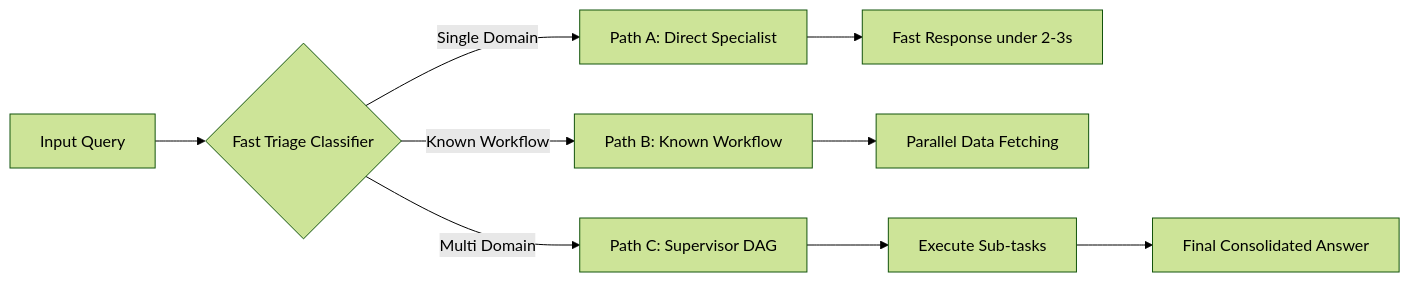
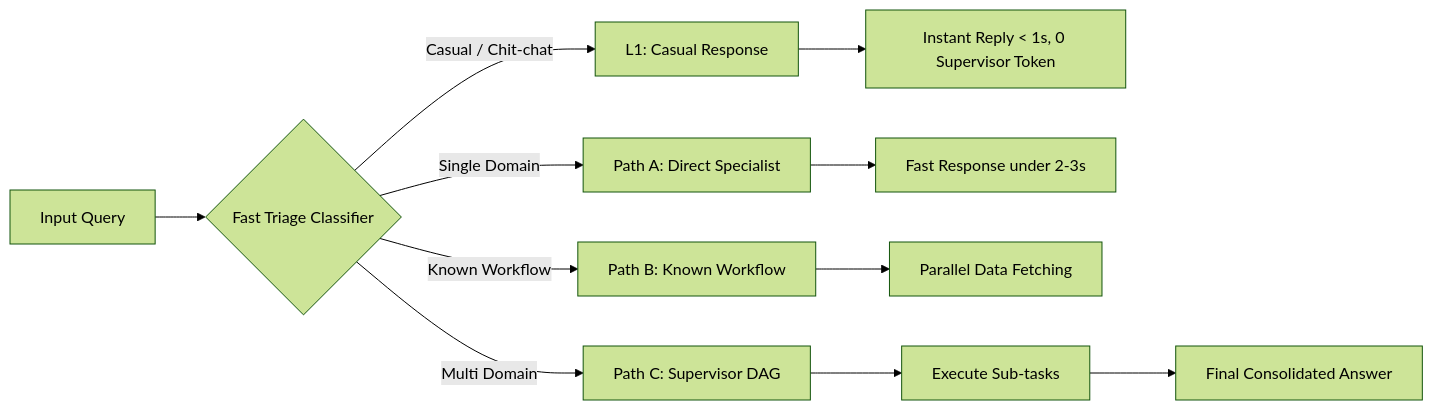
The first of 5 diagrams in docs/architecture/02-execution-paths-and-routing.md (dvnam1605/personal-agent), drawn with Mermaid (forest theme) before and after one commit. The commit also changed other lines of this file and 22 other files, not shown here.

Commit message:
feat: add RAG answer synthesis service, architecture documentation, and frontend UI components

````diff
--- a/docs/architecture/02-execution-paths-and-routing.md
+++ b/docs/architecture/02-execution-paths-and-routing.md
@@ -10,14 +10,17 @@
 ```mermaid
 flowchart LR
     REQ[Input Query] --> FT{Fast Triage Classifier}
+
+    FT -->|Casual / Chit-chat| Casual[L1: Casual Response]
+    Casual --> OutCasual[Instant Reply < 1s, 0 Supervisor Token]
 
     FT -->|Single Domain| DirectSpec[Path A: Direct Specialist]
     DirectSpec --> OutA[Fast Response under 2-3s]
 
     FT -->|Known Workflow| LangGraph[Path B: Known Workflow]
     LangGraph --> OutB[Parallel Data Fetching]
 
     FT -->|Multi Domain| SupAgent[Path C: Supervisor DAG]
     SupAgent --> SubTasks[Execute Sub-tasks]
     SubTasks --> OutC[Final Consolidated Answer]
 ```
````
